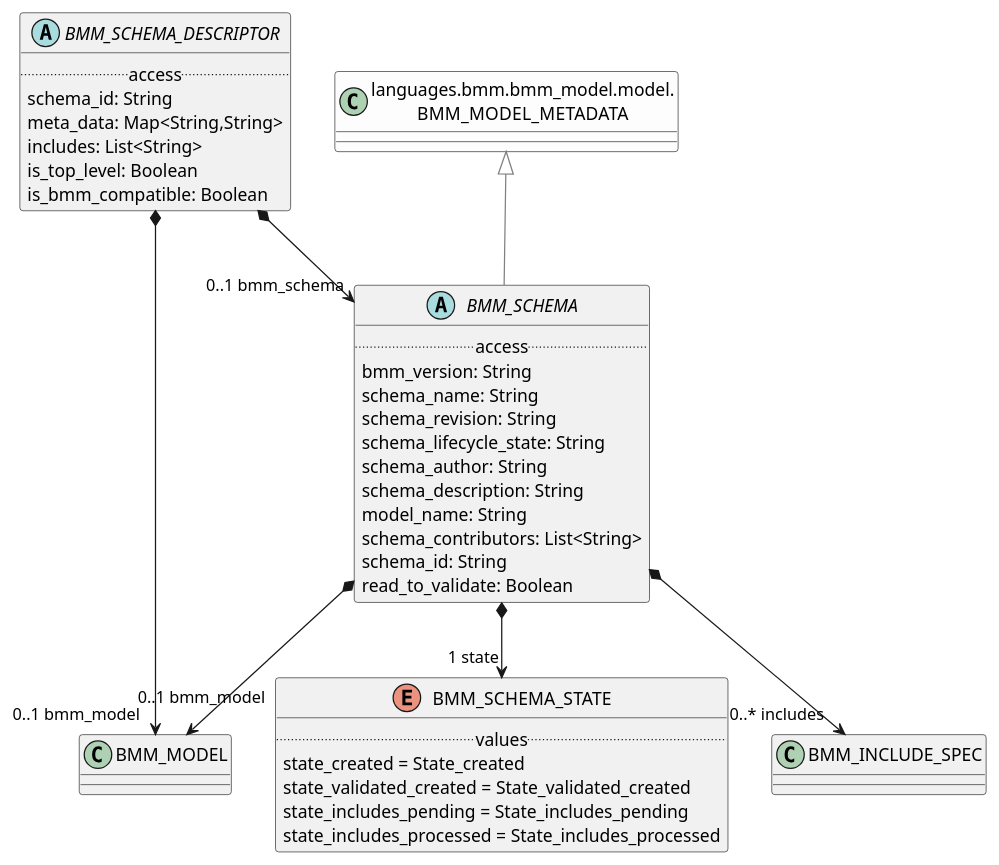
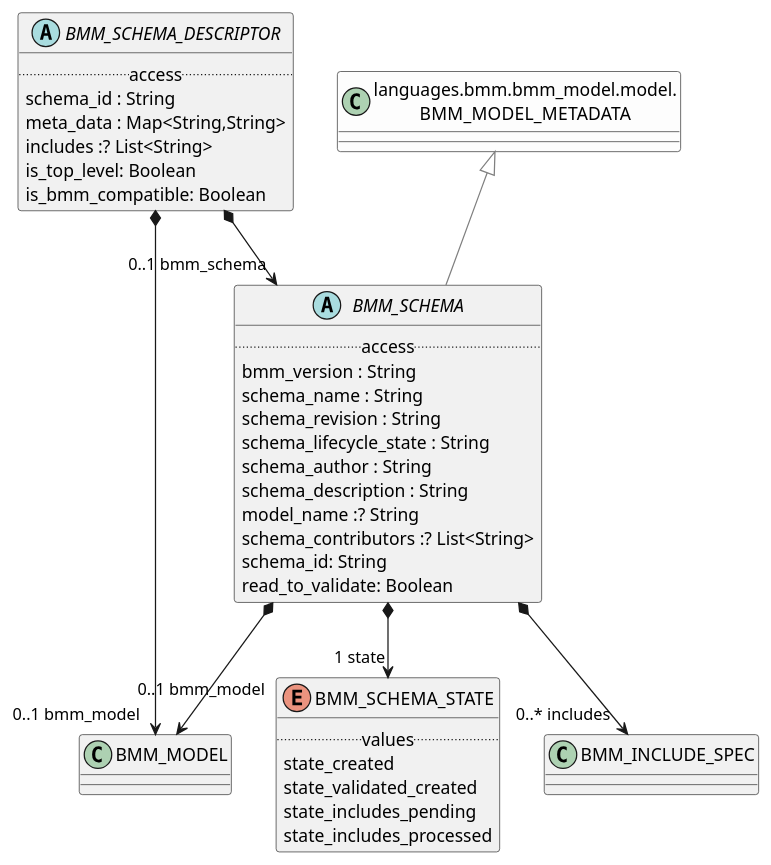
Before and after one commit to wolandscat/openehr-doc: the diagram in modules/ROOT/examples/bmm/languages/bmm/bmm_model/schema/schema-package-uml.adoc, drawn with PlantUML. The commit also changed 1814 other files, not shown here.

```diff
--- a/modules/ROOT/examples/bmm/languages/bmm/bmm_model/schema/schema-package-uml.adoc
+++ b/modules/ROOT/examples/bmm/languages/bmm/bmm_model/schema/schema-package-uml.adoc
@@ -3,54 +3,53 @@
 [plantuml,opts=interactive,link=self]
 ....
 skinparam groupInheritance 2
 skinparam citedClassColor #FDFDFD
 
 
 abstract class BMM_SCHEMA_DESCRIPTOR [[/openehr-doc/latest/languages/bmm-gen.html#_class_bmm_schema_descriptor]] {
         .. access ..
-        schema_id: String
-        meta_data: Map<String,String>
-        includes: List<String>
+        schema_id : String
+        meta_data : Map<String,String>
+        includes :? List<String>
         is_top_level: Boolean
         is_bmm_compatible: Boolean
 }
-
 
 BMM_SCHEMA_DESCRIPTOR *--> "0..1 bmm_schema" BMM_SCHEMA
 
 BMM_SCHEMA_DESCRIPTOR *--> "0..1 bmm_model" BMM_MODEL
 
 abstract class BMM_SCHEMA [[/openehr-doc/latest/languages/bmm-gen.html#_class_bmm_schema]] {
         .. access ..
-        bmm_version: String
-        schema_name: String
-        schema_revision: String
-        schema_lifecycle_state: String
-        schema_author: String
-        schema_description: String
-        model_name: String
-        schema_contributors: List<String>
+        bmm_version : String
+        schema_name : String
+        schema_revision : String
+        schema_lifecycle_state : String
+        schema_author : String
+        schema_description : String
+        model_name :? String
+        schema_contributors :? List<String>
         schema_id: String
         read_to_validate: Boolean
 }
 
 BMM_SCHEMA -[#gray]up-|> BMM_MODEL_METADATA  
 
 
 BMM_SCHEMA *--> "1 state" BMM_SCHEMA_STATE
 
 BMM_SCHEMA *--> "0..* includes" BMM_INCLUDE_SPEC
 
 BMM_SCHEMA *--> "0..1 bmm_model" BMM_MODEL
 
 enum BMM_SCHEMA_STATE [[/openehr-doc/latest/languages/bmm-gen.html#_class_bmm_schema_state]] {
         .. values ..
-        state_created = State_created
-        state_validated_created = State_validated_created
-        state_includes_pending = State_includes_pending
-        state_includes_processed = State_includes_processed
+        state_created
+        state_validated_created
+        state_includes_pending
+        state_includes_processed
 }
 class "languages.bmm.bmm_model.model.\nBMM_MODEL_METADATA" as BMM_MODEL_METADATA  [[/openehr-doc/latest/languages/bmm-gen.html#_class_bmm_model_metadata]] #FDFDFD {
 }
 
 ....
```
